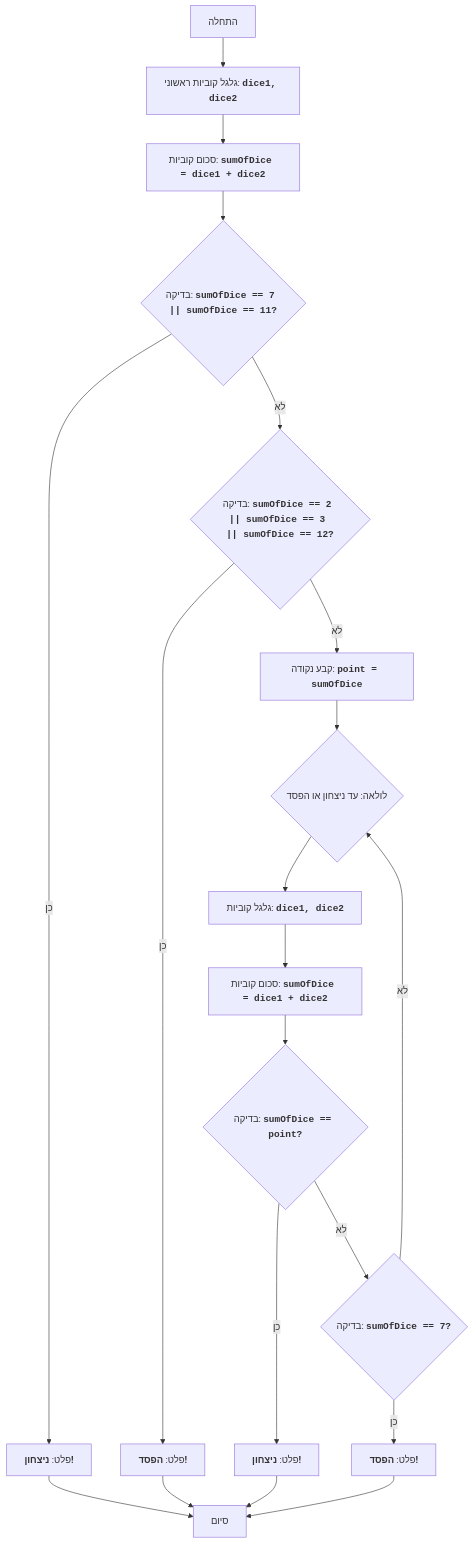
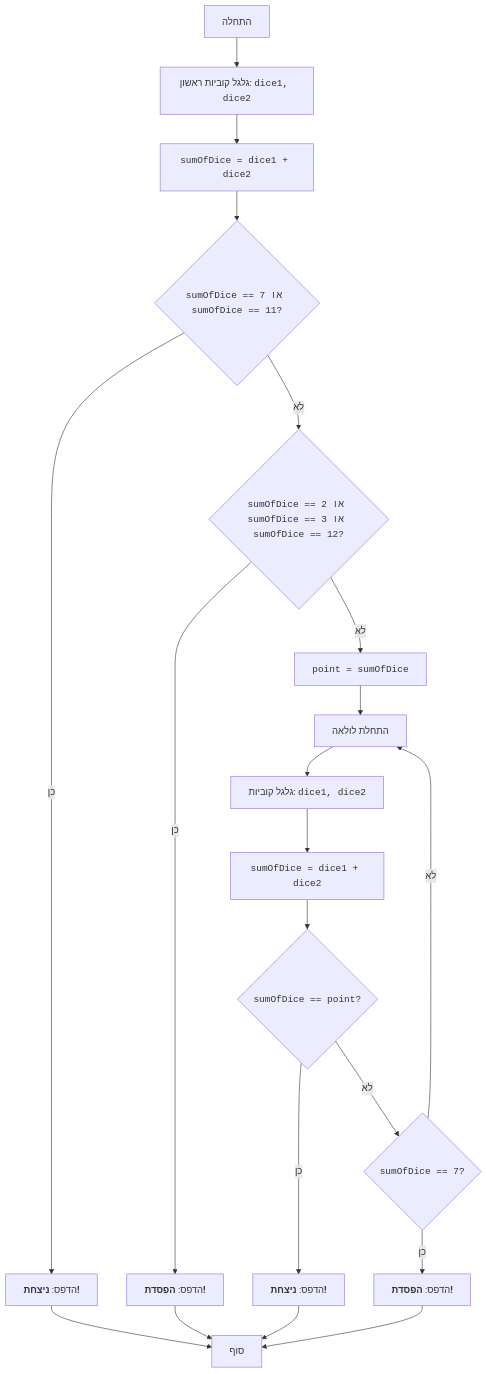
One commit to hypo69/hypo changed the diagram in docs/gemini/he/explainer/src/endpoints/ai_games/101_basic_computer_games/ru/GAMES/CRAPS/README.MD.md. Above: the diagram before and after it, drawn with Mermaid. The commit also changed other lines of this file and 885 other files, not shown here.

````diff
--- a/docs/gemini/he/explainer/src/endpoints/ai_games/101_basic_computer_games/ru/GAMES/CRAPS/README.MD.md
+++ b/docs/gemini/he/explainer/src/endpoints/ai_games/101_basic_computer_games/ru/GAMES/CRAPS/README.MD.md
@@ -65,22 +57,22 @@
 ```mermaid
 flowchart TD
-    Start["התחלה"] --> RollDice1["גלגל קוביות ראשוני: <code><b>dice1, dice2</b></code>"]
-    RollDice1 --> CalculateSum1["סכום קוביות: <code><b>sumOfDice = dice1 + dice2</b></code>"]
-    CalculateSum1 --> CheckWin1{"בדיקה: <code><b>sumOfDice == 7 || sumOfDice == 11?</b></code>"}
-    CheckWin1 -- כן --> OutputWin1["פלט: <b>ניצחון!</b>"]
-    OutputWin1 --> End["סיום"]
-    CheckWin1 -- לא --> CheckLose1{"בדיקה: <code><b>sumOfDice == 2 || sumOfDice == 3 || sumOfDice == 12?</b></code>"}
-    CheckLose1 -- כן --> OutputLose1["פלט: <b>הפסד!</b>"]
+    Start["התחלה"] --> RollDice1["גלגל קוביות ראשון: <code>dice1, dice2</code>"]
+    RollDice1 --> CalculateSum1["<code>sumOfDice = dice1 + dice2</code>"]
+    CalculateSum1 --> CheckWin1{"<code>sumOfDice == 7 או sumOfDice == 11?</code>"}
+    CheckWin1 -- כן --> OutputWin1["הדפס: <b>ניצחת!</b>"]
+    OutputWin1 --> End["סוף"]
+    CheckWin1 -- לא --> CheckLose1{"<code>sumOfDice == 2 או sumOfDice == 3 או sumOfDice == 12?</code>"}
+    CheckLose1 -- כן --> OutputLose1["הדפס: <b>הפסדת!</b>"]
     OutputLose1 --> End
-    CheckLose1 -- לא --> SetPoint["קבע נקודה: <code><b>point = sumOfDice</b></code>"]
-    SetPoint --> LoopStart{"לולאה: עד ניצחון או הפסד"}
-    LoopStart --> RollDice2["גלגל קוביות: <code><b>dice1, dice2</b></code>"]
-    RollDice2 --> CalculateSum2["סכום קוביות: <code><b>sumOfDice = dice1 + dice2</b></code>"]
-     CalculateSum2 --> CheckWin2{"בדיקה: <code><b>sumOfDice == point?</b></code>"}
-    CheckWin2 -- כן --> OutputWin2["פלט: <b>ניצחון!</b>"]
+    CheckLose1 -- לא --> SetPoint["<code>point = sumOfDice</code>"]
+    SetPoint --> LoopStart["התחלת לולאה"]
+    LoopStart --> RollDice2["גלגל קוביות: <code>dice1, dice2</code>"]
+    RollDice2 --> CalculateSum2["<code>sumOfDice = dice1 + dice2</code>"]
+    CalculateSum2 --> CheckWin2{"<code>sumOfDice == point?</code>"}
+    CheckWin2 -- כן --> OutputWin2["הדפס: <b>ניצחת!</b>"]
     OutputWin2 --> End
-    CheckWin2 -- לא --> CheckLose2{"בדיקה: <code><b>sumOfDice == 7?</b></code>"}
-    CheckLose2 -- כן --> OutputLose2["פלט: <b>הפסד!</b>"]
-     OutputLose2 --> End
+    CheckWin2 -- לא --> CheckLose2{"<code>sumOfDice == 7?</code>"}
+    CheckLose2 -- כן --> OutputLose2["הדפס: <b>הפסדת!</b>"]
+    OutputLose2 --> End
     CheckLose2 -- לא --> LoopStart
 ```
````
